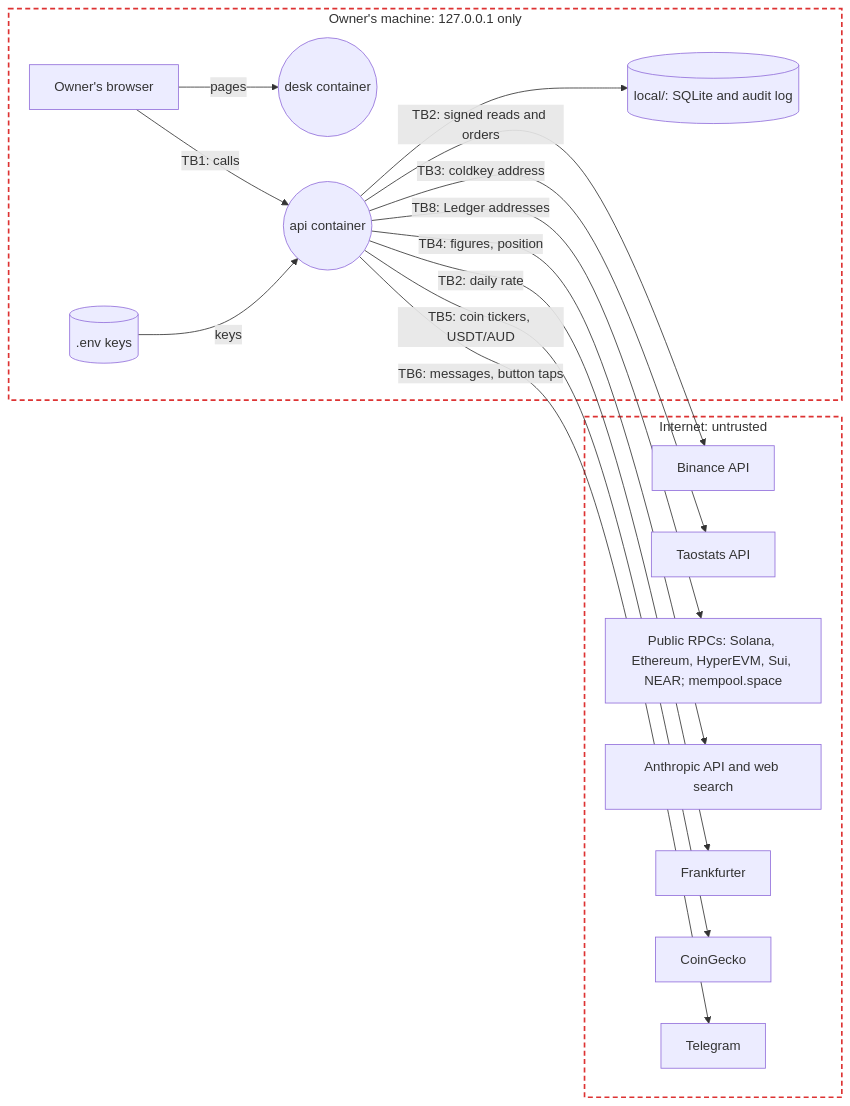
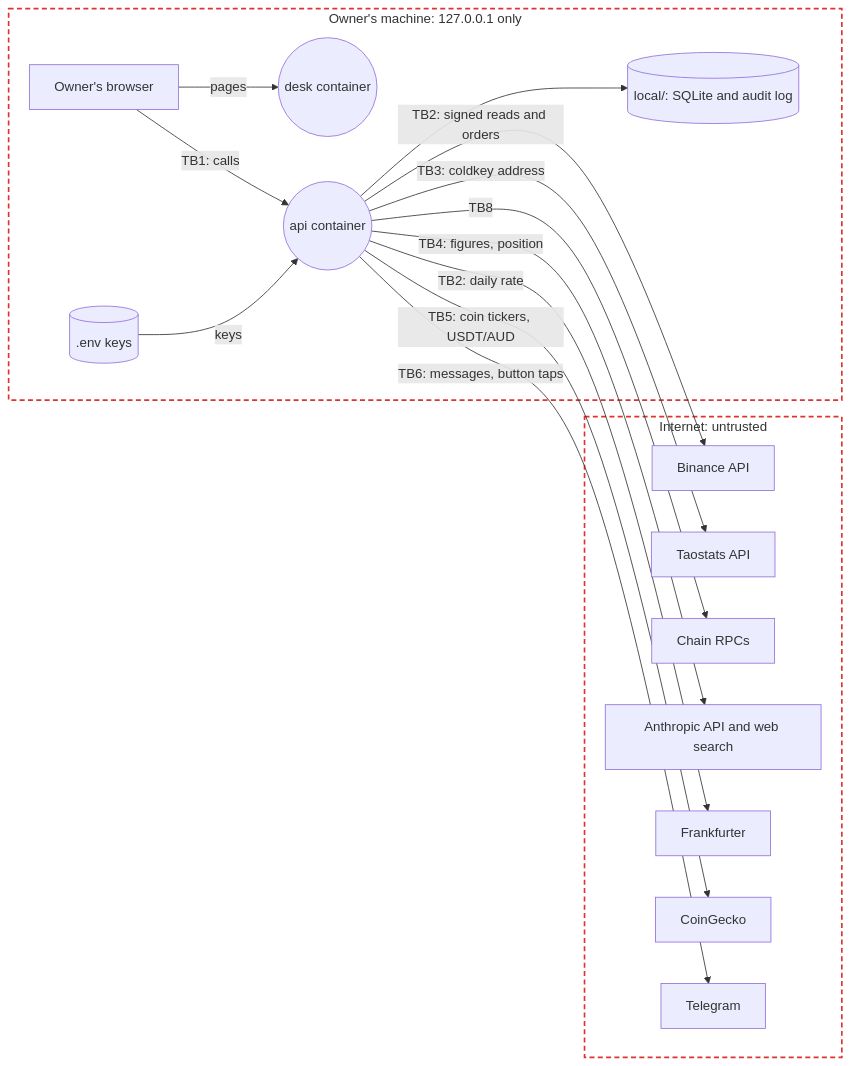
The diagram in docs/threat-model.md (euginevd/trading-desk), drawn with Mermaid before and after one commit. The commit also changed other lines of this file and 8 other files, not shown here.

````diff
--- a/docs/threat-model.md
+++ b/docs/threat-model.md
@@ -7,32 +7,32 @@
 ```mermaid
 flowchart LR
   subgraph machine ["Owner's machine: 127.0.0.1 only"]
     owner[Owner's browser]
     web((desk container))
     api((api container))
     env[(.env keys)]
     db[(local/: SQLite and audit log)]
   end
   subgraph internet ["Internet: untrusted"]
     binance[Binance API]
     taostats[Taostats API]
-    solana[Public RPCs: Solana, Ethereum, HyperEVM, Sui, NEAR; mempool.space]
+    solana[Chain RPCs]
     anthropic[Anthropic API and web search]
     fx[Frankfurter]
     gecko[CoinGecko]
     tg[Telegram]
   end
   owner -- "pages" --> web
   owner -- "TB1: calls" --> api
   env -- "keys" --> api
   api --> db
   api -- "TB2: signed reads and orders" --> binance
   api -- "TB3: coldkey address" --> taostats
-  api -- "TB8: Ledger addresses" --> solana
+  api -- "TB8" --> solana
   api -- "TB4: figures, position" --> anthropic
   api -- "TB2: daily rate" --> fx
   api -- "TB5: coin tickers, USDT/AUD" --> gecko
   api -- "TB6: messages, button taps" --> tg
   classDef boundary fill:none,stroke:#d33,stroke-width:2px,stroke-dasharray:6 4
   class internet,machine boundary
 ```
````
